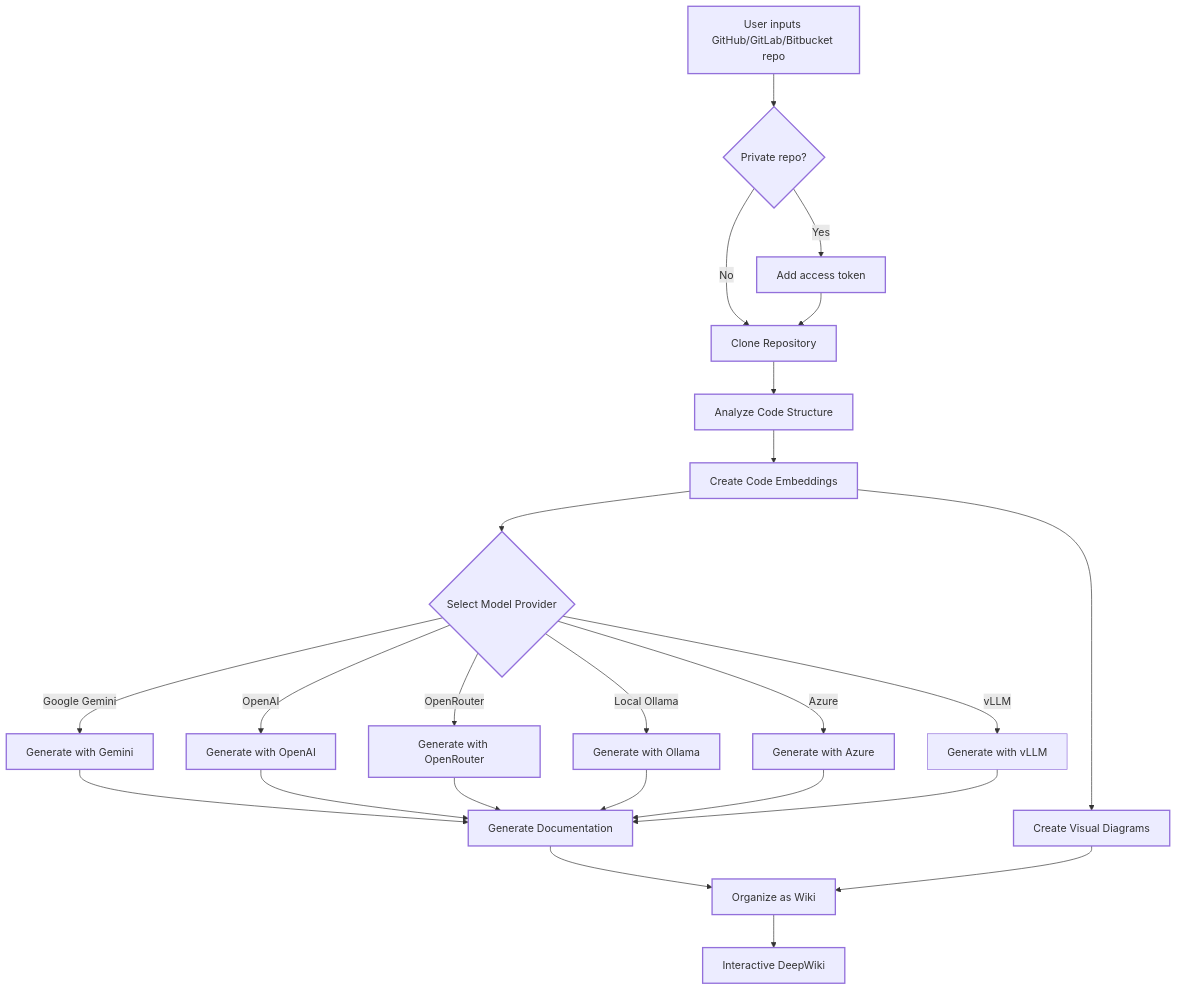
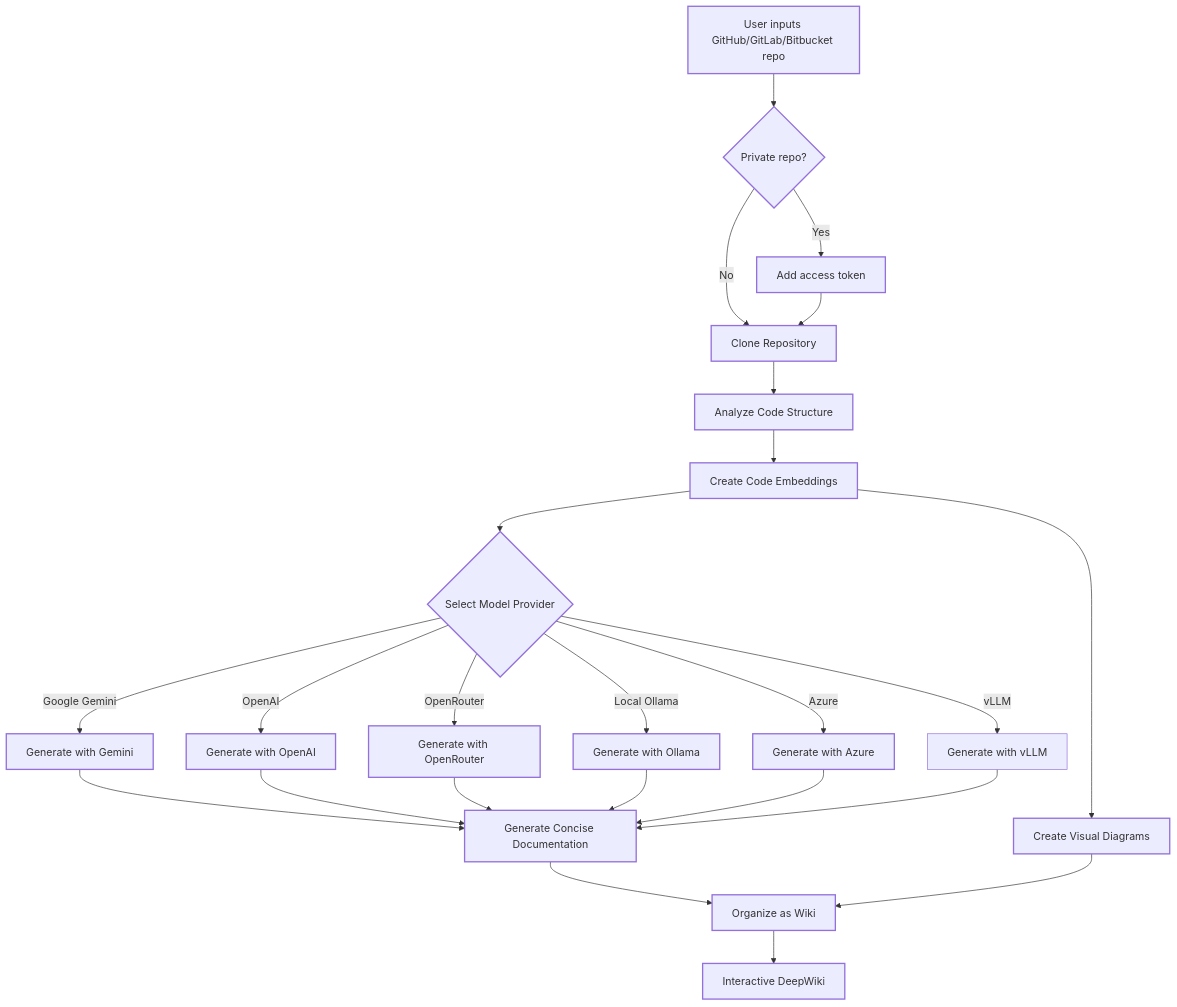
One commit to Jai1122/deepwiki-open-v1 changed the diagram in README.md. Above: the diagram before and after it, drawn with Mermaid. The commit also changed other lines of this file, not shown here.

````diff
--- a/README.md
+++ b/README.md
@@ -258,39 +262,39 @@
 ```mermaid
 graph TD
     A[User inputs GitHub/GitLab/Bitbucket repo] --> AA{Private repo?}
     AA -->|Yes| AB[Add access token]
     AA -->|No| B[Clone Repository]
     AB --> B
     B --> C[Analyze Code Structure]
     C --> D[Create Code Embeddings]
 
     D --> M{Select Model Provider}
     M -->|Google Gemini| E1[Generate with Gemini]
     M -->|OpenAI| E2[Generate with OpenAI]
     M -->|OpenRouter| E3[Generate with OpenRouter]
     M -->|Local Ollama| E4[Generate with Ollama]
     M -->|Azure| E5[Generate with Azure]
     M -->|vLLM| E6[Generate with vLLM]
 
-    E1 --> E[Generate Documentation]
+    E1 --> E[Generate Concise Documentation]
     E2 --> E
     E3 --> E
     E4 --> E
     E5 --> E
     E6 --> E
 
     D --> F[Create Visual Diagrams]
     E --> G[Organize as Wiki]
     F --> G
     G --> H[Interactive DeepWiki]
 
     classDef process stroke-width:2px;
     classDef data stroke-width:2px;
     classDef result stroke-width:2px;
     classDef decision stroke-width:2px;
 
     class A,D data;
     class AA,M decision;
     class B,C,E,F,G,AB,E1,E2,E3,E4,E5 process;
     class H result;
 ```
````
